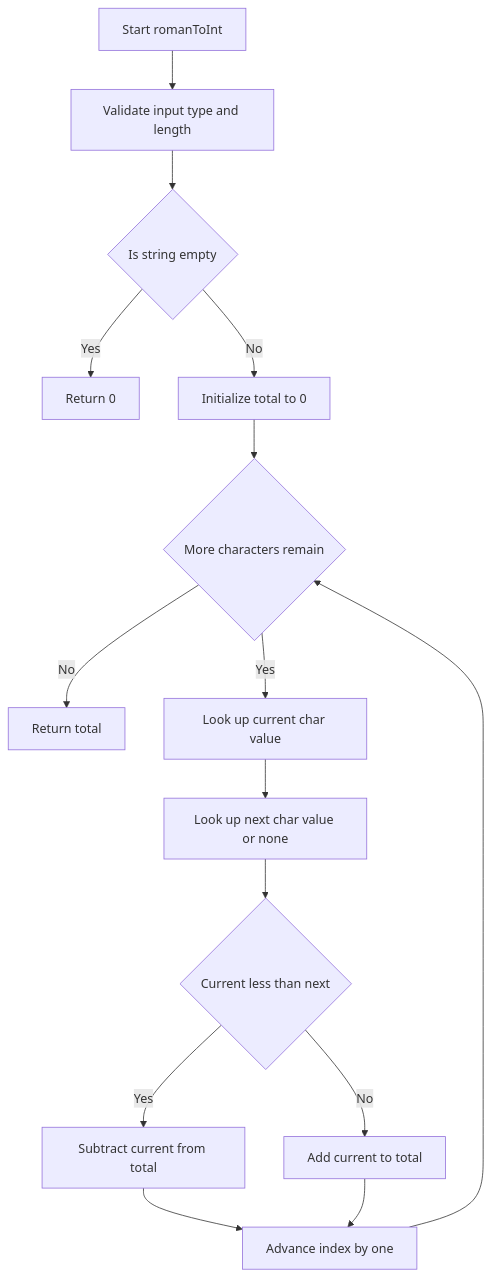
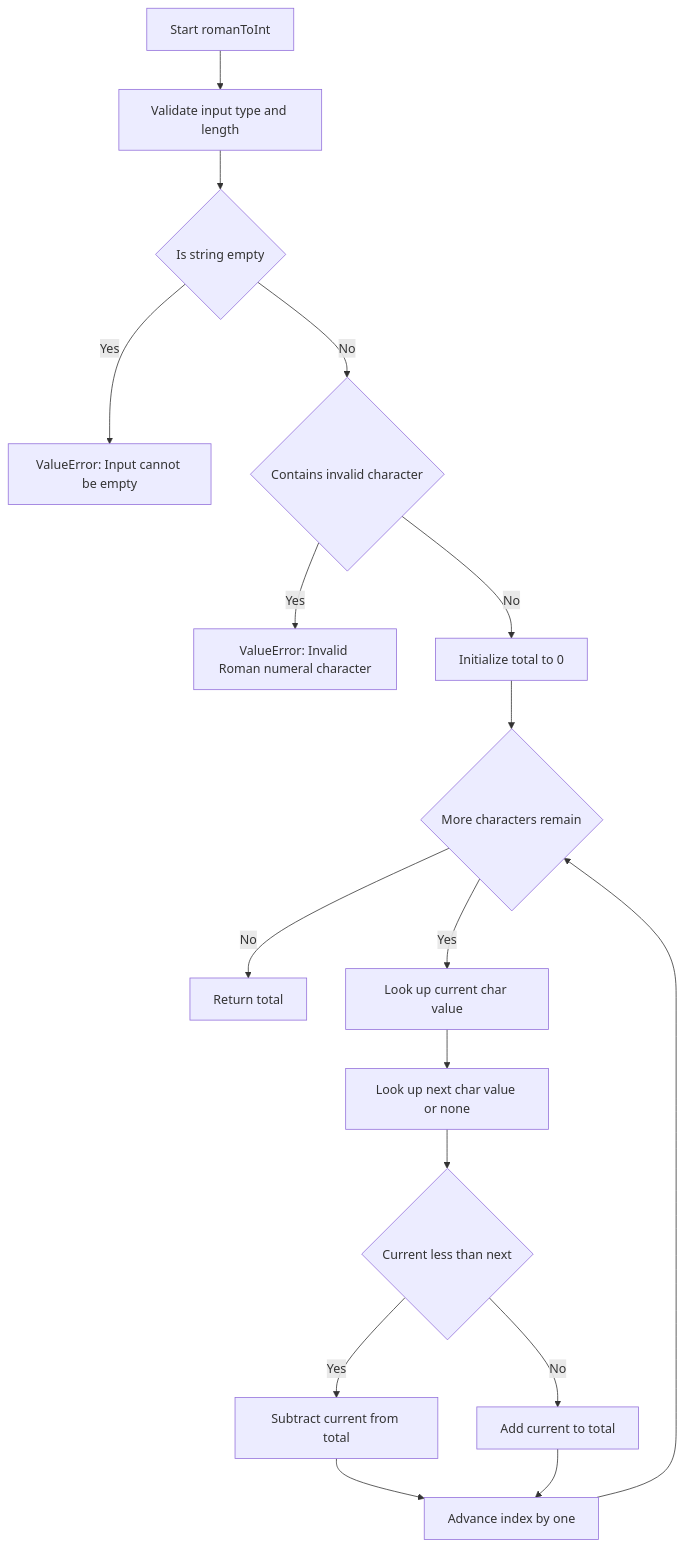
Before and after one commit to myoshi2891/Algorithm-DataStructures-Math-SQL: the first of 2 diagrams in Mathematics/Roman numerals/leetcode/13. Roman to Integer/sonnet 5/README.md, drawn with Mermaid. The commit also changed other lines of this file, not shown here.

Commit message:
fix(math/roman): update flowchart validation and exception paths in README.md

````diff
--- a/Mathematics/Roman numerals/leetcode/13. Roman to Integer/sonnet 5/README.md
+++ b/Mathematics/Roman numerals/leetcode/13. Roman to Integer/sonnet 5/README.md
@@ -61,18 +61,20 @@
 ```mermaid
 flowchart TD
   Start[Start romanToInt]
   Start --> Validate[Validate input type and length]
   Validate --> CheckEmpty{Is string empty}
-  CheckEmpty -- Yes --> ReturnZero[Return 0]
-  CheckEmpty -- No --> InitTotal[Initialize total to 0]
+  CheckEmpty -- Yes --> ErrEmpty[ValueError: Input cannot be empty]
+  CheckEmpty -- No --> CheckInvalid{Contains invalid character}
+  CheckInvalid -- Yes --> ErrInvalid[ValueError: Invalid Roman numeral character]
+  CheckInvalid -- No --> InitTotal[Initialize total to 0]
   InitTotal --> LoopCheck{More characters remain}
   LoopCheck -- No --> ReturnTotal[Return total]
   LoopCheck -- Yes --> GetCurrent[Look up current char value]
   GetCurrent --> GetNext[Look up next char value or none]
   GetNext --> Compare{Current less than next}
   Compare -- Yes --> Subtract[Subtract current from total]
   Compare -- No --> Add[Add current to total]
   Subtract --> Advance[Advance index by one]
   Add --> Advance
   Advance --> LoopCheck
 ```
````
